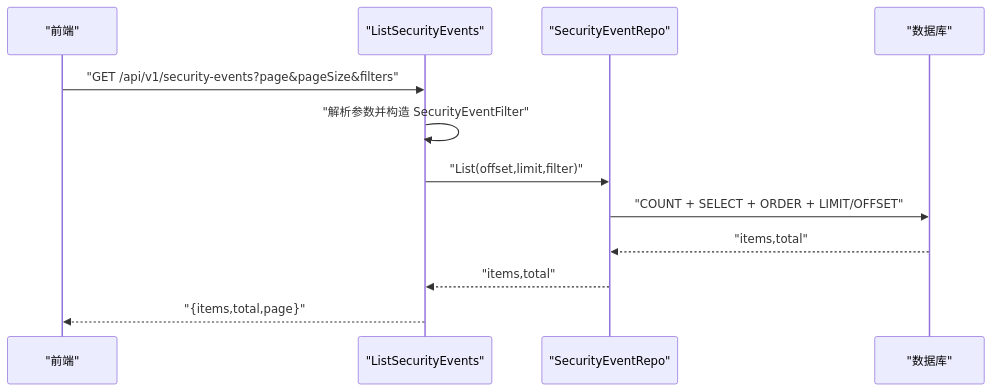
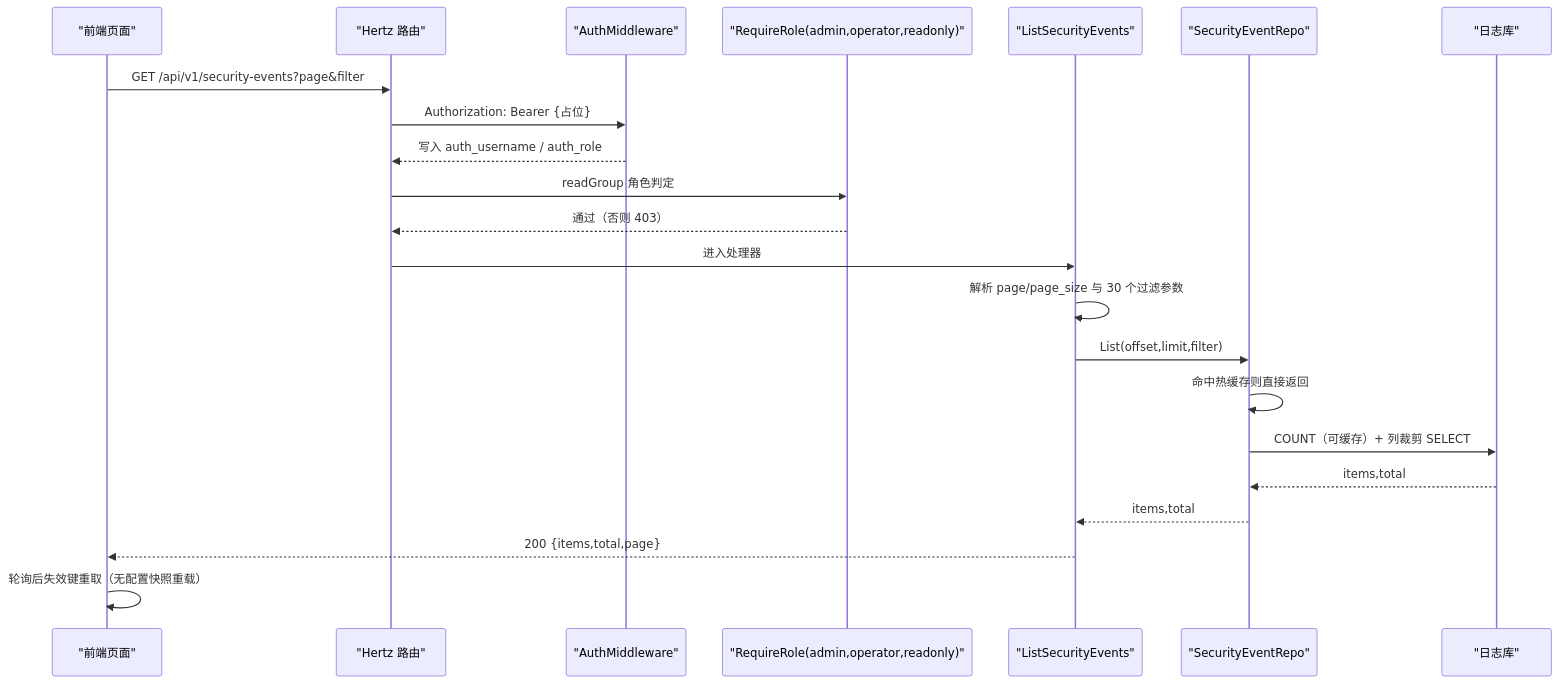
One commit to x01n/My-OpenWaf changed the third of 6 diagrams in docs/管理 API 系统/安全事件 API.md. Above: the diagram before and after it, drawn with Mermaid. The commit also changed other lines of this file and 622 other files, not shown here.

````diff
--- a/docs/管理 API 系统/安全事件 API.md
+++ b/docs/管理 API 系统/安全事件 API.md
@@ -168,14 +199,24 @@
 ```mermaid
 sequenceDiagram
-participant FE as "前端"
-participant API as "ListSecurityEvents"
-participant Repo as "SecurityEventRepo"
-participant DB as "数据库"
-FE->>API : "GET /api/v1/security-events?page&pageSize&filters"
-API->>API : "解析参数并构造 SecurityEventFilter"
-API->>Repo : "List(offset,limit,filter)"
-Repo->>DB : "COUNT + SELECT + ORDER + LIMIT/OFFSET"
-DB-->>Repo : "items,total"
-Repo-->>API : "items,total"
-API-->>FE : "{items,total,page}"
+participant FE as "前端页面"
+participant API as "Hertz 路由"
+participant Auth as "AuthMiddleware"
+participant Role as "RequireRole(admin,operator,readonly)"
+participant H as "ListSecurityEvents"
+participant REPO as "SecurityEventRepo"
+participant DB as "日志库"
+FE->>API : GET /api/v1/security-events?page&filter
+API->>Auth : Authorization: Bearer {占位}
+Auth-->>API : 写入 auth_username / auth_role
+API->>Role : readGroup 角色判定
+Role-->>API : 通过（否则 403）
+API->>H : 进入处理器
+H->>H : 解析 page/page_size 与 30 个过滤参数
+H->>REPO : List(offset,limit,filter)
+REPO->>REPO : 命中热缓存则直接返回
+REPO->>DB : COUNT（可缓存）+ 列裁剪 SELECT
+DB-->>REPO : items,total
+REPO-->>H : items,total
+H-->>FE : 200 {items,total,page}
+FE->>FE : 轮询后失效键重取（无配置快照重载）
 ```
````
